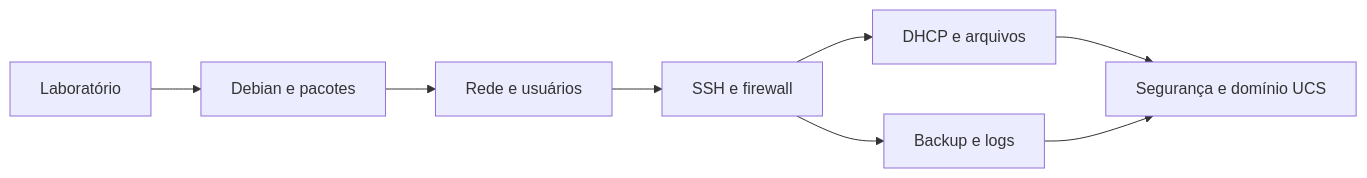
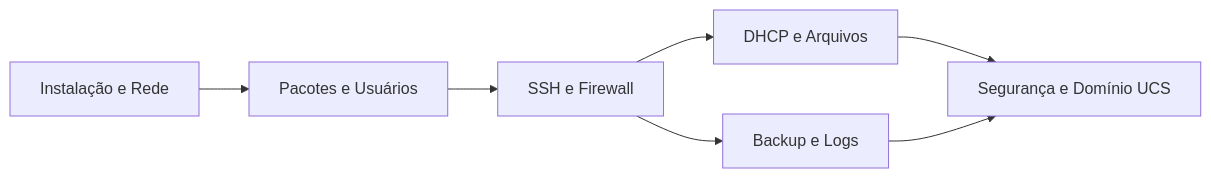
Before and after one commit to Redes-de-computadores/servidores: the diagram in README.md, drawn with Mermaid. The commit also changed other lines of this file and 6 other files, not shown here.

````diff
--- a/README.md
+++ b/README.md
@@ -32,10 +31,9 @@
 ```mermaid
 flowchart LR
-    A[Laboratório] --> B[Debian e pacotes]
-    B --> C[Rede e usuários]
-    C --> D[SSH e firewall]
-    D --> E[DHCP e arquivos]
-    D --> F[Backup e logs]
-    E --> G[Segurança e domínio UCS]
-    F --> G
+    A[Instalação e Rede] --> B[Pacotes e Usuários]
+    B --> C[SSH e Firewall]
+    C --> D[DHCP e Arquivos]
+    C --> E[Backup e Logs]
+    D --> F[Segurança e Domínio UCS]
+    E --> F
 ```
````
